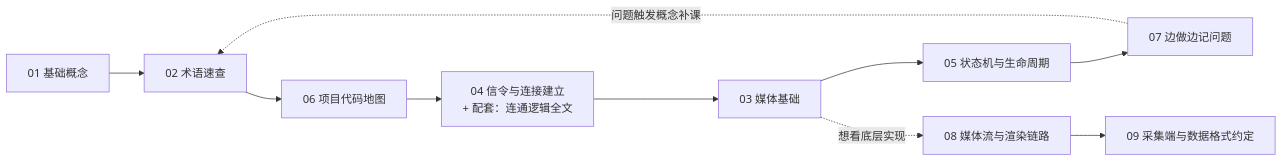
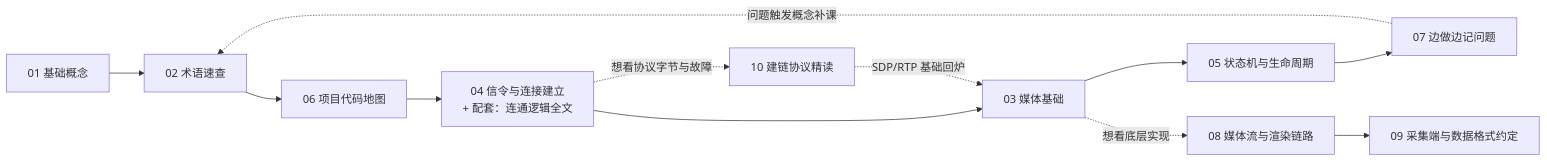
The diagram in docs/index.md (wanghongjie/webrtc-handbook), drawn with Mermaid before and after one commit. The commit also changed other lines of this file and 7 other files, not shown here.

````diff
--- a/docs/index.md
+++ b/docs/index.md
@@ -40,12 +42,14 @@
 ```mermaid
 flowchart LR
     A[01 基础概念] --> B[02 术语速查]
     B --> C[06 项目代码地图]
     C --> D[04 信令与连接建立<br/>+ 配套：连通逻辑全文]
     D --> E[03 媒体基础]
     E --> F[05 状态机与生命周期]
     F --> G[07 边做边记问题]
     G -.问题触发概念补课.-> B
     E -.想看底层实现.-> H[08 媒体流与渲染链路]
     H --> I[09 采集端与数据格式约定]
+    D -.想看协议字节与故障.-> J[10 建链协议精读]
+    J -.SDP/RTP 基础回炉.-> E
 ```
````
